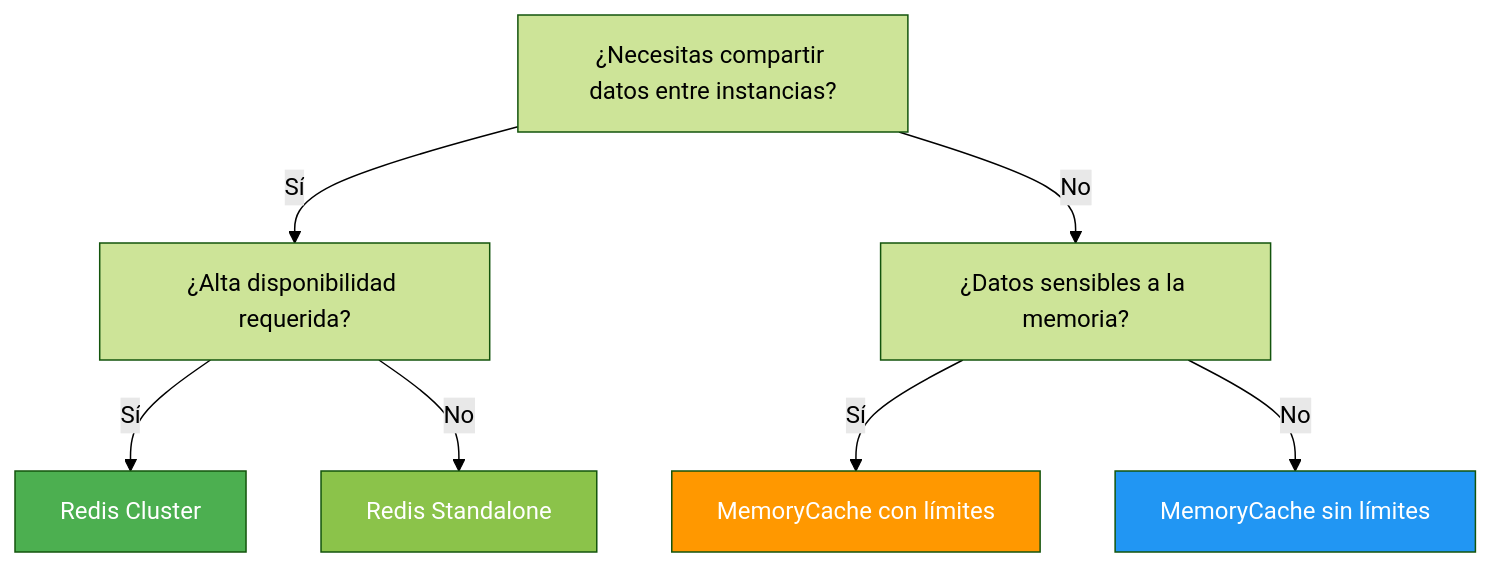
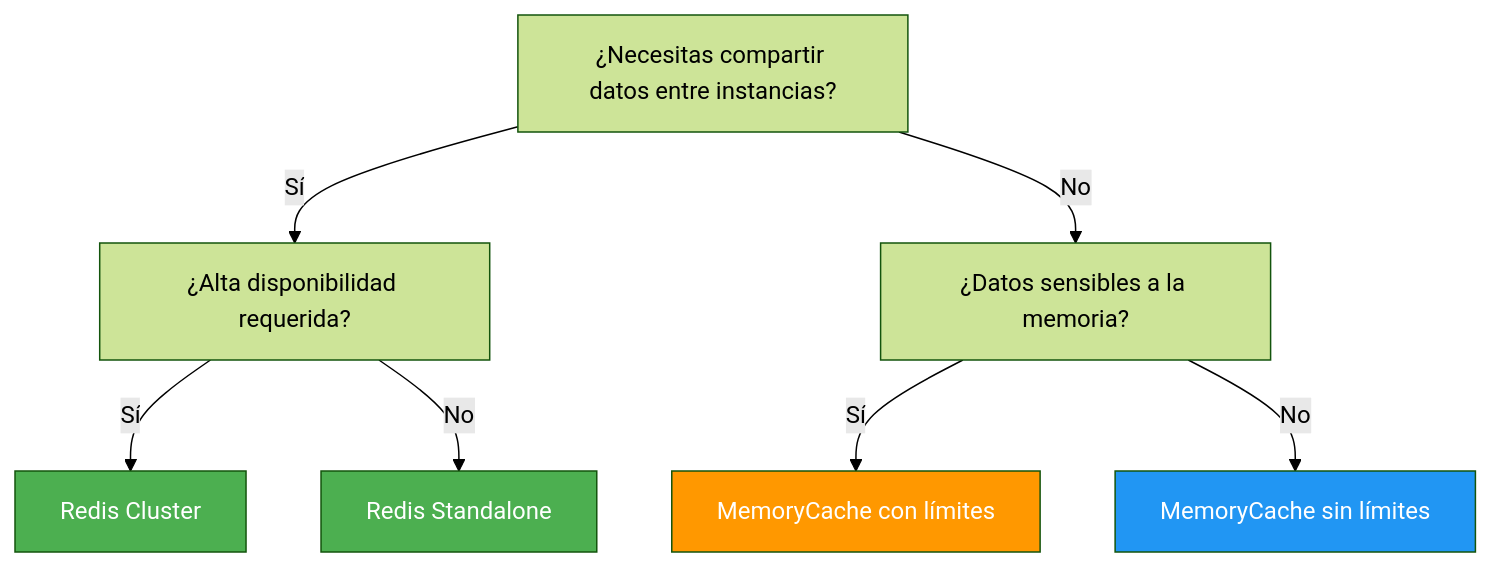
One commit to joseluisgs/DesarrolloWebEntornosServidor-02-2026-2027 changed the fifth of 17 diagrams in 14-cache-redis.md. Above: the diagram before and after it, drawn with Mermaid (forest theme). The commit also changed other lines of this file and 15 other files, not shown here.

````diff
--- a/14-cache-redis.md
+++ b/14-cache-redis.md
@@ -177,13 +177,13 @@
 ```mermaid
 flowchart TD
     A["¿Necesitas compartir datos entre instancias?"] -->|Sí| B["¿Alta disponibilidad requerida?"]
     A -->|No| C["¿Datos sensibles a la memoria?"]
     B -->|Sí| D["Redis Cluster"]
     B -->|No| E["Redis Standalone"]
     C -->|Sí| F["MemoryCache con límites"]
     C -->|No| G["MemoryCache sin límites"]
     style D fill:#4CAF50,color:#fff
-    style E fill:#8BC34A,color:#fff
+    style E fill:#4CAF50,color:#fff
     style F fill:#FF9800,color:#fff
     style G fill:#2196F3,color:#fff
 ```
````
